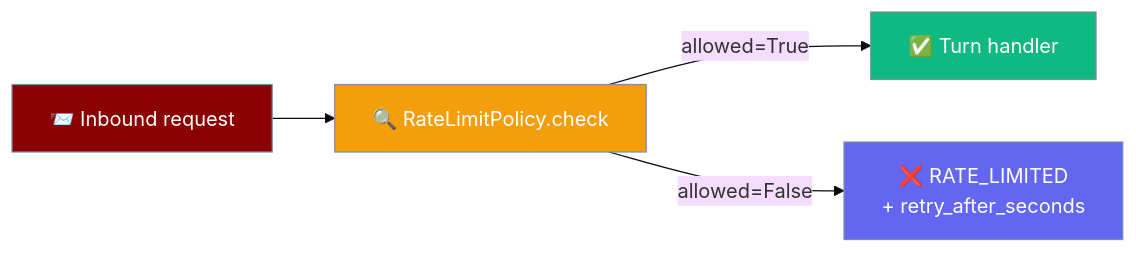
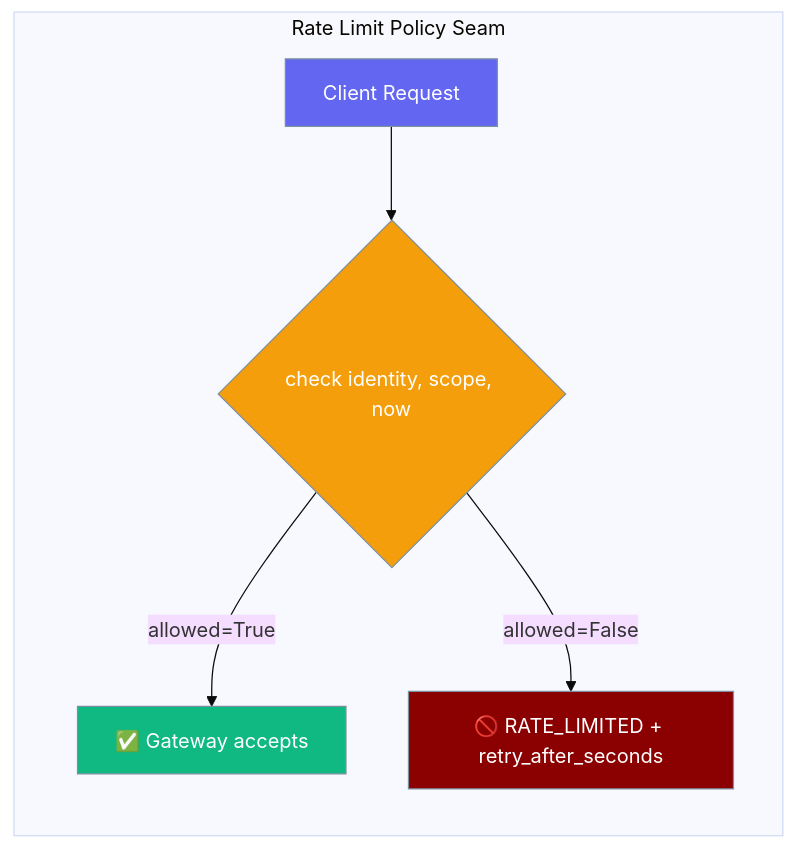
Before and after one commit to MervinPraison/PraisonAIDocs: the first of 2 diagrams in docs/features/gateway-rate-limit-policy.mdx, drawn with Mermaid (base theme). The commit also changed other lines of this file and 9 other files, not shown here.

````diff
--- a/docs/features/gateway-rate-limit-policy.mdx
+++ b/docs/features/gateway-rate-limit-policy.mdx
@@ -24,16 +23,16 @@
 ```mermaid
 graph LR
-    Req[📨 Inbound request] --> Check[🔍 RateLimitPolicy.check]
-    Check -->|allowed=True| Handler[✅ Turn handler]
-    Check -->|allowed=False| Reject[❌ RATE_LIMITED\n+ retry_after_seconds]
-
-    classDef req fill:#8B0000,stroke:#7C90A0,color:#fff
+    subgraph "Rate Limit Policy Seam"
+        R[Client Request] --> C{check identity, scope, now}
+        C -->|allowed=True| G[✅ Gateway accepts]
+        C -->|allowed=False| L[🚫 RATE_LIMITED + retry_after_seconds]
+    end
+    classDef req fill:#6366F1,stroke:#7C90A0,color:#fff
     classDef check fill:#F59E0B,stroke:#7C90A0,color:#fff
     classDef ok fill:#10B981,stroke:#7C90A0,color:#fff
-    classDef bad fill:#6366F1,stroke:#7C90A0,color:#fff
-
-    class Req req
-    class Check check
-    class Handler ok
-    class Reject bad
+    classDef deny fill:#8B0000,stroke:#7C90A0,color:#fff
+    class R req
+    class C check
+    class G ok
+    class L deny
 ```
````
